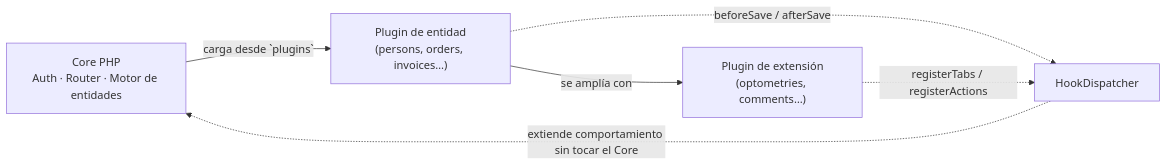
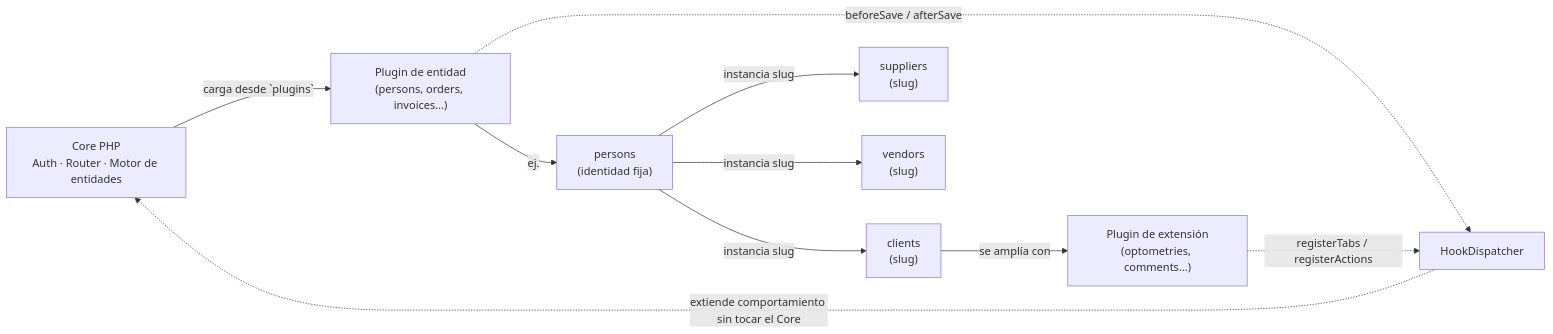
One commit to brass4study/xestify changed the diagram in README.md. Above: the diagram before and after it, drawn with Mermaid.

Commit message:
docs: anadir ejemplo de instancias de persons en el diagrama del README
- README.md: el diagrama Mermaid de "Como funciona" ahora muestra `persons`
  como identidad fija con tres instancias por slug (`clients`, `suppliers`,
  `vendors`), y `optometries` extendiendo la instancia `clients` como
  ejemplo de plugin de extension.

````diff
--- a/README.md
+++ b/README.md
@@ -70,13 +70,21 @@
 ```mermaid
 flowchart LR
     Core["Core PHP<br/>Auth · Router · Motor de entidades"]
     EntityPlugin["Plugin de entidad<br/>(persons, orders, invoices…)"]
+    Persons["persons<br/>(identidad fija)"]
+    Clients["clients<br/>(slug)"]
+    Suppliers["suppliers<br/>(slug)"]
+    Vendors["vendors<br/>(slug)"]
     ExtPlugin["Plugin de extensión<br/>(optometries, comments…)"]
     Hooks["HookDispatcher"]
 
     Core -->|carga desde `plugins`| EntityPlugin
-    EntityPlugin -->|se amplía con| ExtPlugin
+    EntityPlugin -->|ej.| Persons
+    Persons -->|instancia slug| Clients
+    Persons -->|instancia slug| Suppliers
+    Persons -->|instancia slug| Vendors
+    Clients -->|se amplía con| ExtPlugin
     EntityPlugin -.->|beforeSave / afterSave| Hooks
     ExtPlugin -.->|registerTabs / registerActions| Hooks
     Hooks -.->|extiende comportamiento sin tocar el Core| Core
 ```
````
